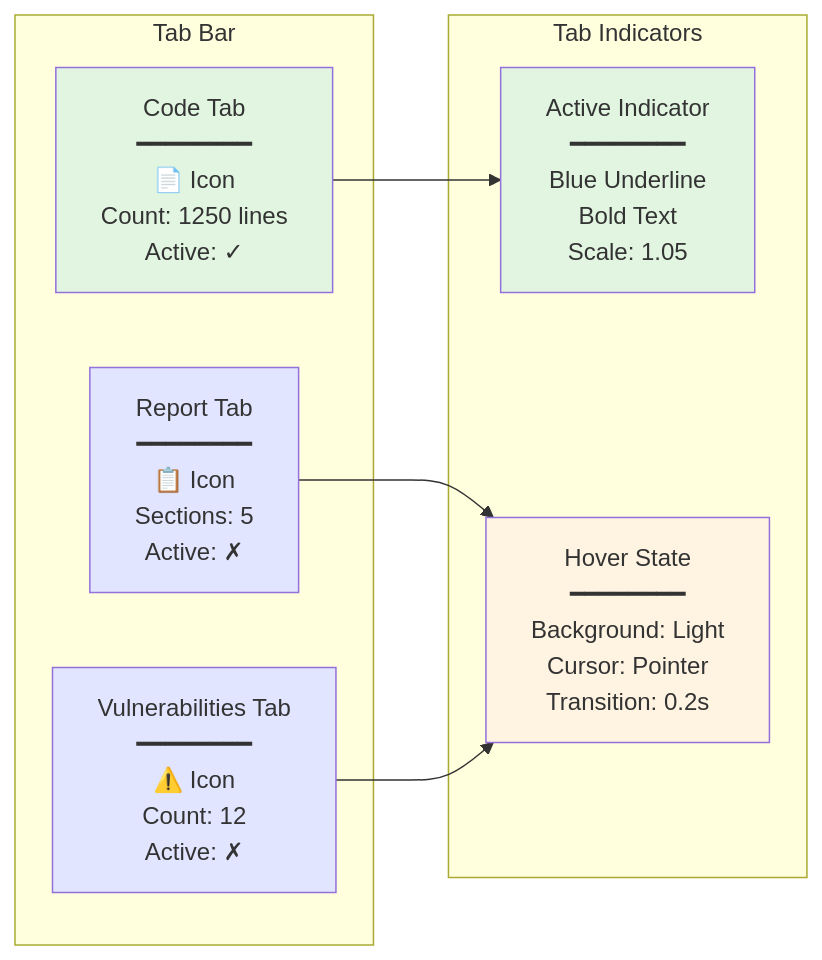
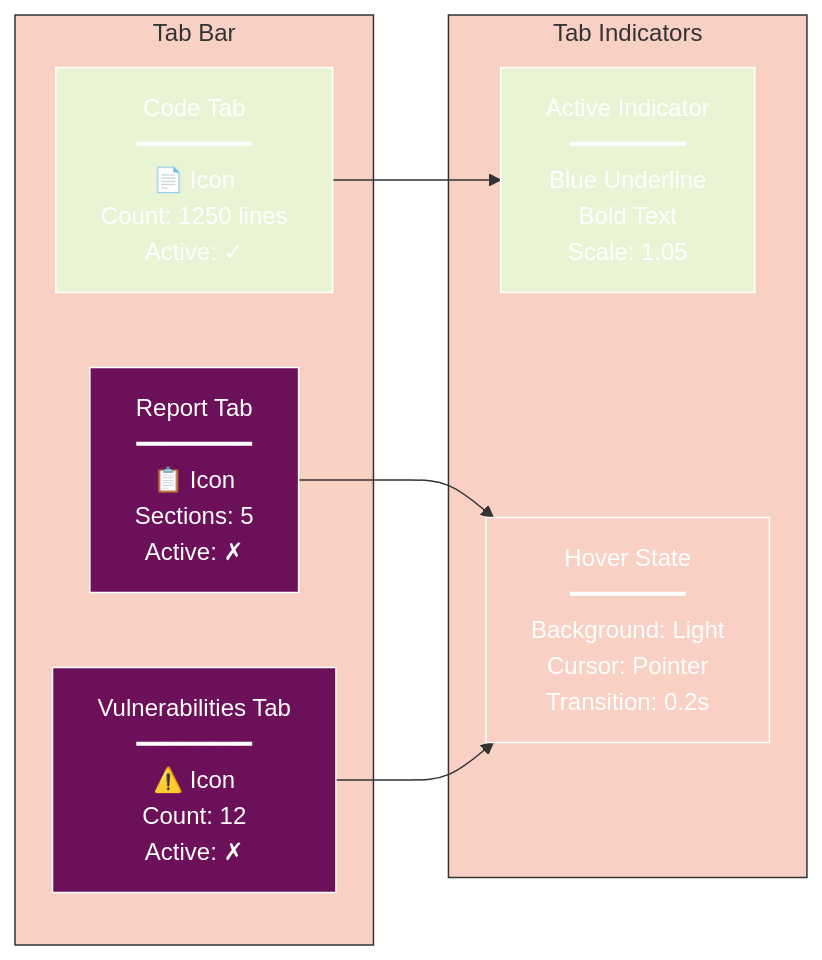
One commit to radicalkjax/Athena changed the fifth of 12 diagrams in docs/components/ANALYSIS_RESULTS.md. Above: the diagram before and after it, drawn with Mermaid. The commit also changed other lines of this file and 27 other files, not shown here.

Commit message:
Introduction of expo package manager. Updated docs to reflect changes. Unified mermaid theme for docs.

````diff
--- a/docs/components/ANALYSIS_RESULTS.md
+++ b/docs/components/ANALYSIS_RESULTS.md
@@ -216,23 +300,44 @@
 ```mermaid
+%%{init: {
+  'theme': 'base',
+  'themeVariables': {
+    'primaryColor': '#6d105a',
+    'primaryTextColor': '#ffffff',
+    'primaryBorderColor': '#ffffff',
+    'lineColor': '#333333',
+    'secondaryColor': '#e8f4d4',
+    'secondaryTextColor': '#333333',
+    'secondaryBorderColor': '#333333',
+    'tertiaryColor': '#f9d0c4',
+    'tertiaryTextColor': '#333333',
+    'tertiaryBorderColor': '#333333',
+    'background': '#ffffff',
+    'mainBkg': '#6d105a',
+    'secondBkg': '#e8f4d4',
+    'tertiaryBkg': '#f9d0c4',
+    'textColor': '#333333',
+    'fontFamily': 'Arial, sans-serif'
+  }
+}}%%
 graph LR
     subgraph "Tab Bar"
         A[Code Tab<br/>━━━━━━━━<br/>📄 Icon<br/>Count: 1250 lines<br/>Active: ✓]
         B[Report Tab<br/>━━━━━━━━<br/>📋 Icon<br/>Sections: 5<br/>Active: ✗]
         C[Vulnerabilities Tab<br/>━━━━━━━━<br/>⚠️ Icon<br/>Count: 12<br/>Active: ✗]
     end
     
     subgraph "Tab Indicators"
         D[Active Indicator<br/>━━━━━━━━<br/>Blue Underline<br/>Bold Text<br/>Scale: 1.05]
         E[Hover State<br/>━━━━━━━━<br/>Background: Light<br/>Cursor: Pointer<br/>Transition: 0.2s]
     end
     
     A --> D
     B --> E
     C --> E
     
-    style A fill:#e1f5e1
-    style B fill:#e1e5ff
-    style C fill:#e1e5ff
-    style D fill:#e1f5e1
-    style E fill:#fff4e1
+    style A fill:#e8f4d4
+    style B fill:#6d105a
+    style C fill:#6d105a
+    style D fill:#e8f4d4
+    style E fill:#f9d0c4
 ```
````
